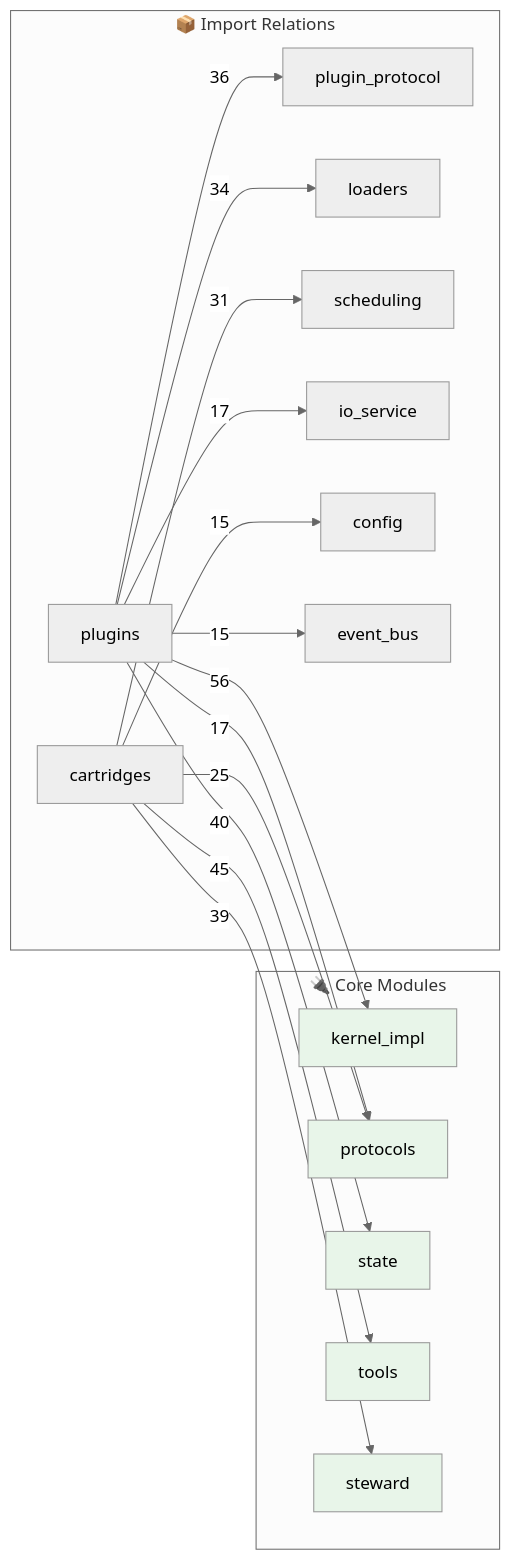
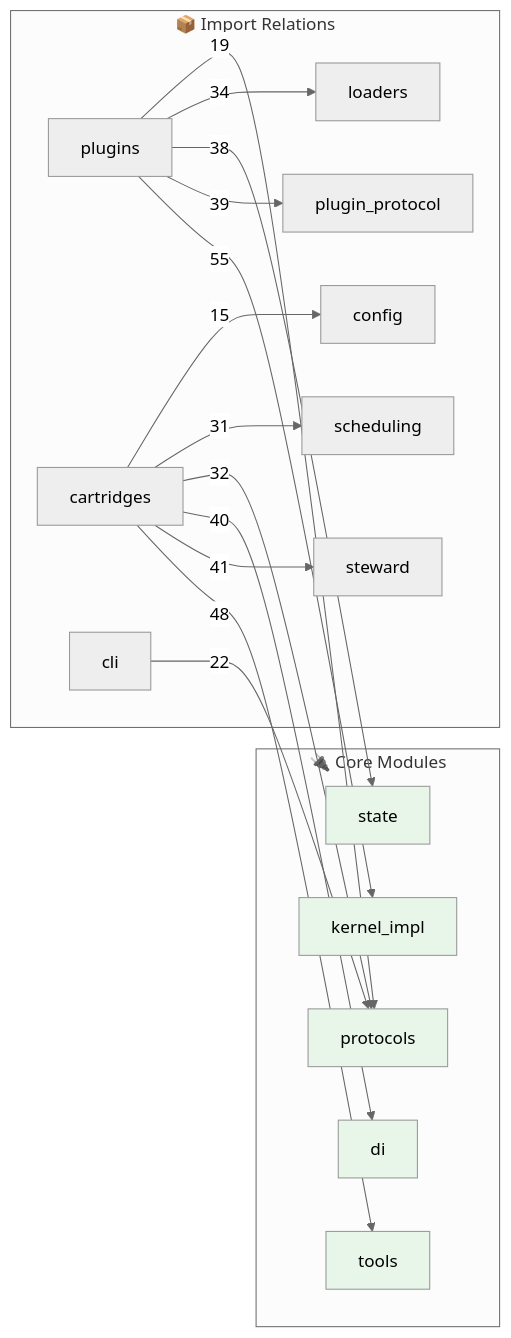
The second of 2 diagrams in OPUS.md (kimeisele/steward-protocol), drawn with Mermaid (neutral theme) before and after one commit. The commit also changed other lines of this file and 4 other files, not shown here.

````diff
--- a/OPUS.md
+++ b/OPUS.md
@@ -709,31 +723,31 @@
 ```mermaid
 flowchart LR
     subgraph Core["🔌 Core Modules"]
+        protocols[protocols]
         kernel_impl[kernel_impl]
-        protocols[protocols]
+        di[di]
+        tools[tools]
         state[state]
-        tools[tools]
-        steward[steward]
     end
 
     subgraph Edges["📦 Import Relations"]
-        plugins -->|56| kernel_impl
-        cartridges -->|45| tools
-        plugins -->|40| state
-        cartridges -->|39| steward
-        plugins -->|36| plugin_protocol
+        plugins -->|55| kernel_impl
+        cartridges -->|48| tools
+        cartridges -->|41| steward
+        cartridges -->|40| di
+        plugins -->|39| plugin_protocol
+        plugins -->|38| state
         plugins -->|34| loaders
+        cartridges -->|32| protocols
         cartridges -->|31| scheduling
-        cartridges -->|25| protocols
-        plugins -->|17| protocols
-        plugins -->|17| io_service
+        cli -->|22| protocols
+        plugins -->|19| protocols
         cartridges -->|15| config
-        plugins -->|15| event_bus
     end
 
+    style protocols fill:#e8f5e9
     style kernel_impl fill:#e8f5e9
-    style protocols fill:#e8f5e9
+    style di fill:#e8f5e9
+    style tools fill:#e8f5e9
     style state fill:#e8f5e9
-    style tools fill:#e8f5e9
-    style steward fill:#e8f5e9
 ```
````
